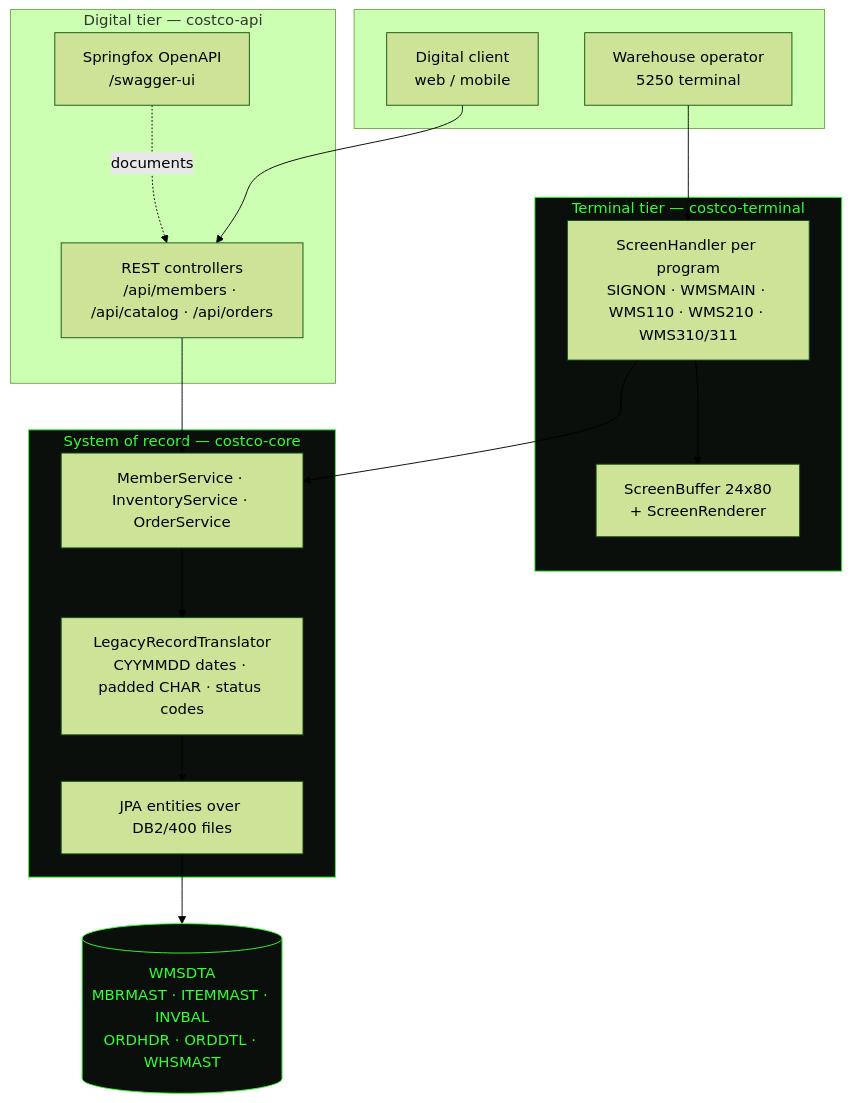
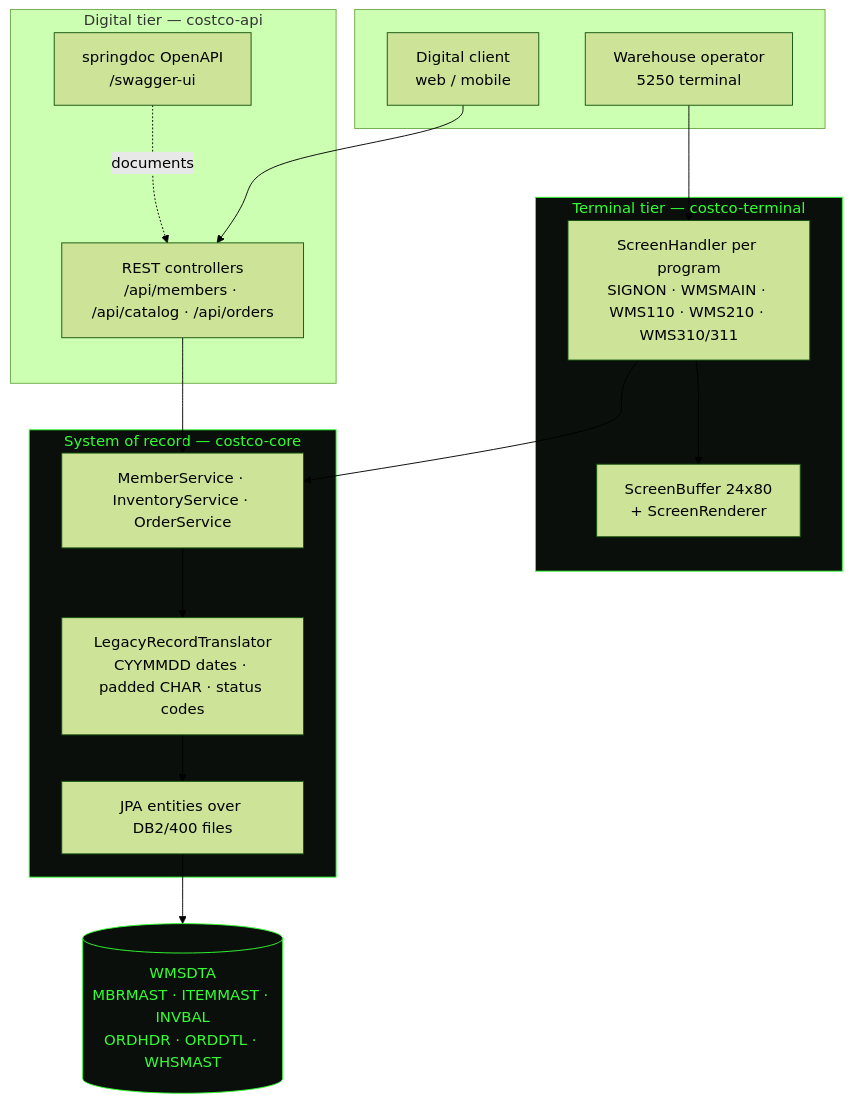
The diagram in README.md (rishabbalak/devin-demo), drawn with Mermaid (forest theme) before and after one commit. The commit also changed other lines of this file and 18 other files, not shown here.

Commit message:
Upgrade to Spring Boot 3.5.16 and Java 21, replace Springfox with springdoc

````diff
--- a/README.md
+++ b/README.md
@@ -58,34 +58,34 @@
 ```mermaid
 flowchart TB
     subgraph clients [" "]
         OP["Warehouse operator<br/>5250 terminal"]
         APP["Digital client<br/>web / mobile"]
     end
 
     subgraph tier ["Digital tier — costco-api"]
         REST["REST controllers<br/>/api/members · /api/catalog · /api/orders"]
-        SWAG["Springfox OpenAPI<br/>/swagger-ui"]
+        SWAG["springdoc OpenAPI<br/>/swagger-ui"]
     end
 
     subgraph term ["Terminal tier — costco-terminal"]
         SCR["ScreenHandler per program<br/>SIGNON · WMSMAIN · WMS110 · WMS210 · WMS310/311"]
         BUF["ScreenBuffer 24x80<br/>+ ScreenRenderer"]
     end
 
     subgraph core ["System of record — costco-core"]
         SVC["MemberService · InventoryService · OrderService"]
         XLT["LegacyRecordTranslator<br/>CYYMMDD dates · padded CHAR · status codes"]
         JPA["JPA entities over DB2/400 files"]
     end
 
     DB[("WMSDTA<br/>MBRMAST · ITEMMAST · INVBAL<br/>ORDHDR · ORDDTL · WHSMAST")]
 
     OP --> SCR --> BUF
     APP --> REST --> SVC
     SWAG -.documents.-> REST
     SCR --> SVC
     SVC --> XLT --> JPA --> DB
 
     classDef legacy fill:#0B0F0B,stroke:#33FF33,color:#33FF33
     class term,core,DB legacy
 ```
````
